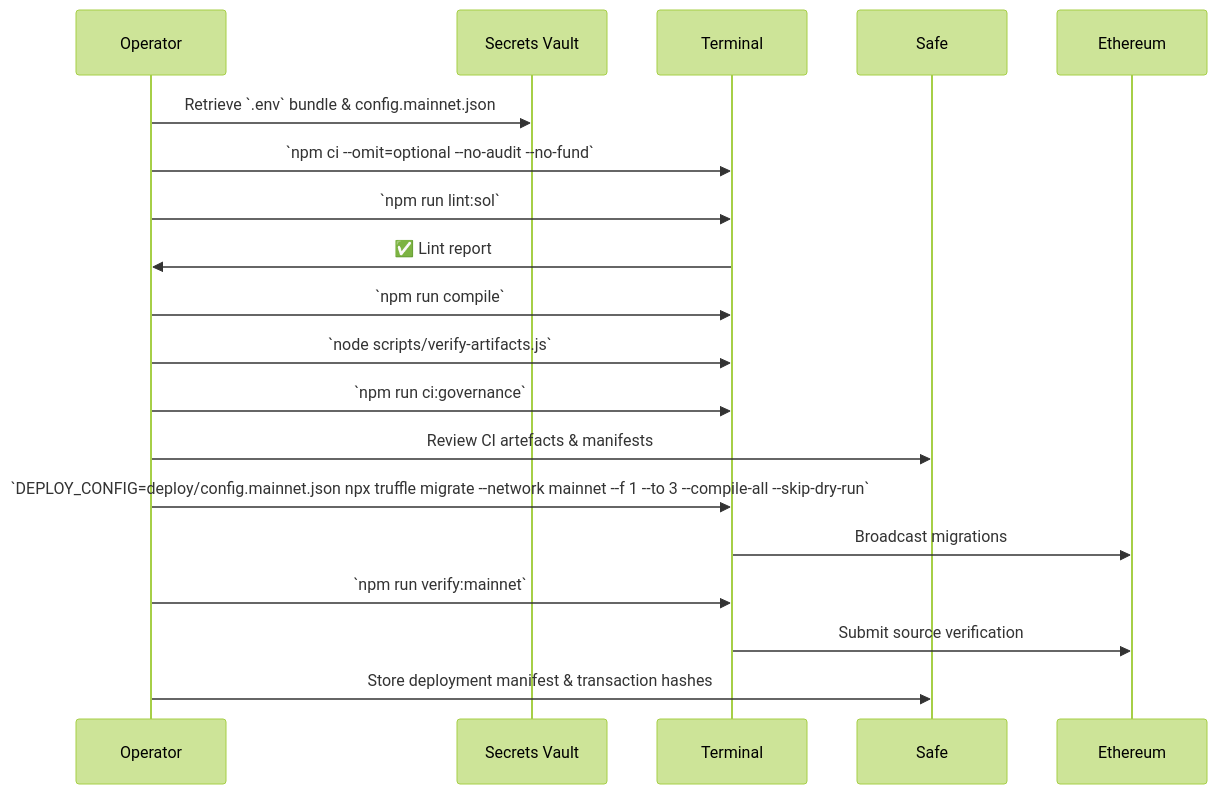
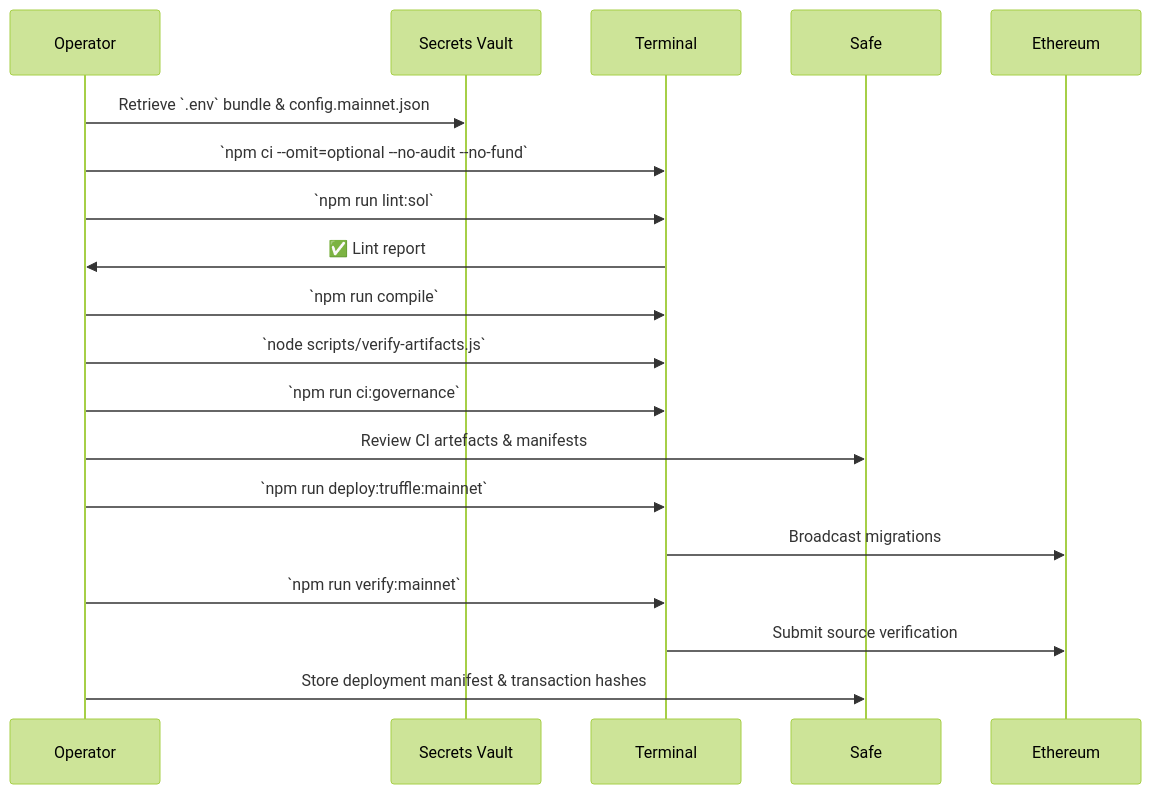
Before and after one commit to MontrealAI/agijobs-sovereign-labor-v0p1: the fourth of 4 diagrams in truffle/README.md, drawn with Mermaid (forest theme). The commit also changed other lines of this file and 6 other files, not shown here.

````diff
--- a/truffle/README.md
+++ b/truffle/README.md
@@ -199,21 +199,21 @@
 ```mermaid
 sequenceDiagram
     participant Operator
     participant Vault as Secrets Vault
     participant CLI as Terminal
     participant Safe
     participant Ethereum
     Operator->>Vault: Retrieve `.env` bundle & config.mainnet.json
     Operator->>CLI: `npm ci --omit=optional --no-audit --no-fund`
     Operator->>CLI: `npm run lint:sol`
     CLI->>Operator: ✅ Lint report
     Operator->>CLI: `npm run compile`
     Operator->>CLI: `node scripts/verify-artifacts.js`
     Operator->>CLI: `npm run ci:governance`
     Operator->>Safe: Review CI artefacts & manifests
-    Operator->>CLI: `DEPLOY_CONFIG=deploy/config.mainnet.json npx truffle migrate --network mainnet --f 1 --to 3 --compile-all --skip-dry-run`
+    Operator->>CLI: `npm run deploy:truffle:mainnet`
     CLI->>Ethereum: Broadcast migrations
     Operator->>CLI: `npm run verify:mainnet`
     CLI->>Ethereum: Submit source verification
     Operator->>Safe: Store deployment manifest & transaction hashes
 ```
````
